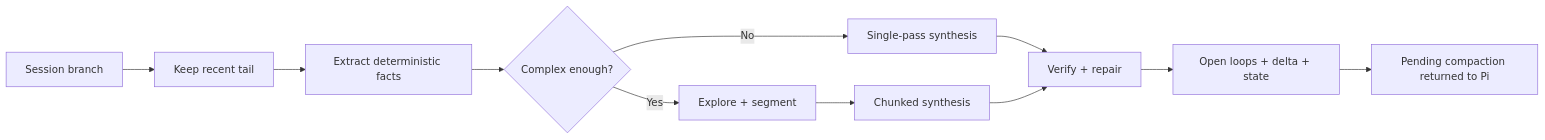
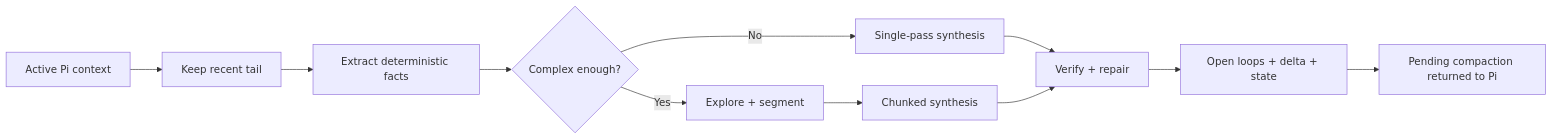
The diagram in ARCHITECTURE.md (alpertarhan/pi-smart-compact), drawn with Mermaid before and after one commit. The commit also changed other lines of this file and 84 other files, not shown here.

````diff
--- a/ARCHITECTURE.md
+++ b/ARCHITECTURE.md
@@ -40,13 +42,13 @@
 ```mermaid
 flowchart LR
-    A[Session branch] --> B[Keep recent tail]
+    A[Active Pi context] --> B[Keep recent tail]
     B --> C[Extract deterministic facts]
     C --> D{Complex enough?}
     D -- No --> E[Single-pass synthesis]
     D -- Yes --> F[Explore + segment]
     F --> G[Chunked synthesis]
     E --> H[Verify + repair]
     G --> H
     H --> I[Open loops + delta + state]
     I --> J[Pending compaction returned to Pi]
 ```
````
